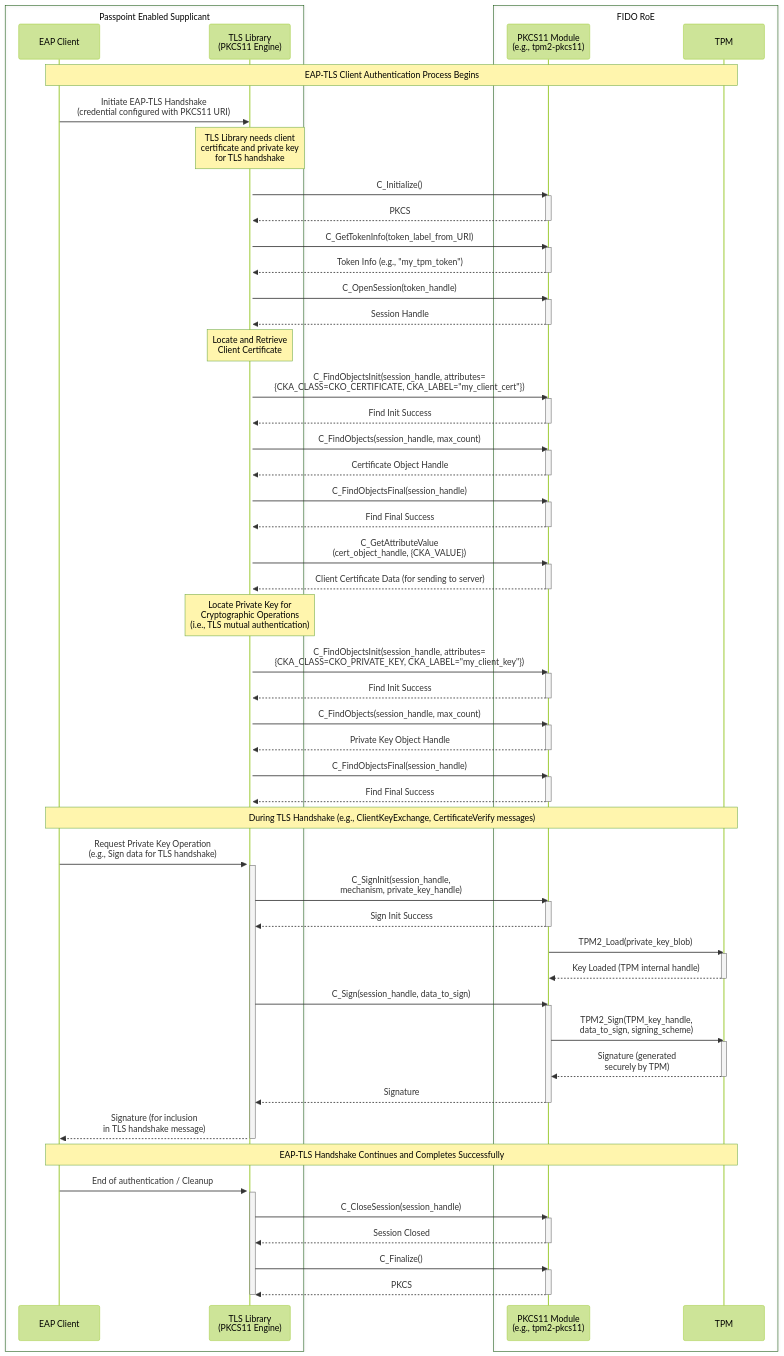
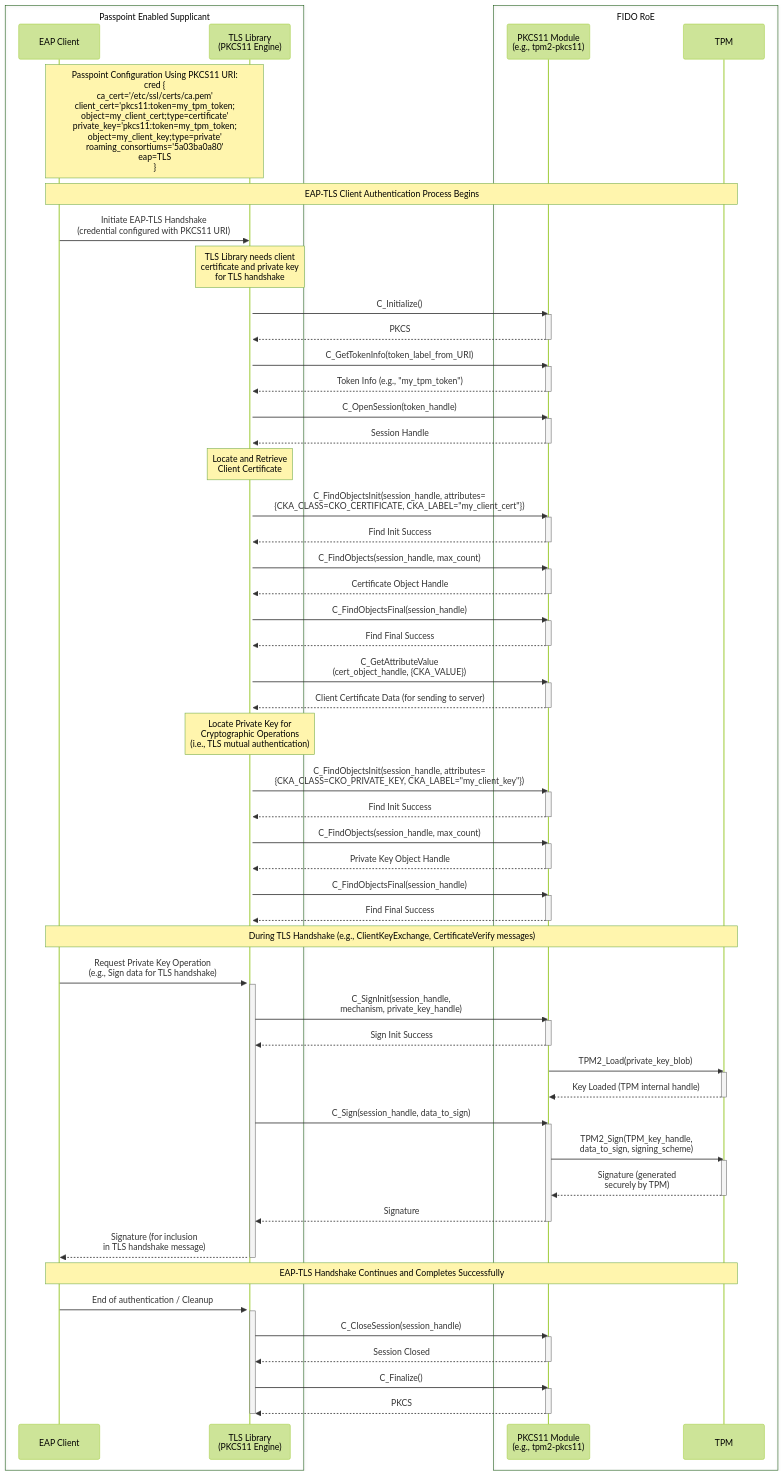
Before and after one commit to wireless-broadband-alliance/WBA-FIDO-Collaboration: the third of 3 diagrams in WORKFLOWS.md, drawn with Mermaid (forest theme).

Commit message:
added Passpoint configuration

```diff
--- a/WORKFLOWS.md
+++ b/WORKFLOWS.md
@@ -128,6 +128,8 @@
        participant P as PKCS11 Module<br/>(e.g., tpm2-pkcs11)
        participant T as TPM
     end
+
+    Note over W,O: Passpoint Configuration Using PKCS11 URI:<br/>cred {<br/>ca_cert='/etc/ssl/certs/ca.pem'<br/>client_cert='pkcs11:token=my_tpm_token#59;<br/>object=my_client_cert#59;type=certificate'<br/>private_key='pkcs11:token=my_tpm_token#59;<br/>object=my_client_key#59;type=private'<br/>roaming_consortiums='5a03ba0a80'<br/>eap=TLS<br/>}
 
     Note over W,T: EAP-TLS Client Authentication Process Begins
 
```
